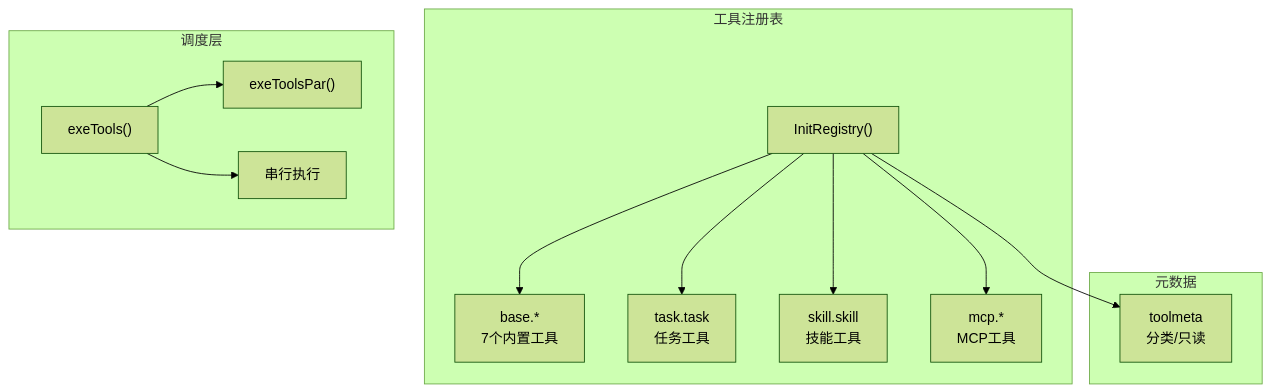
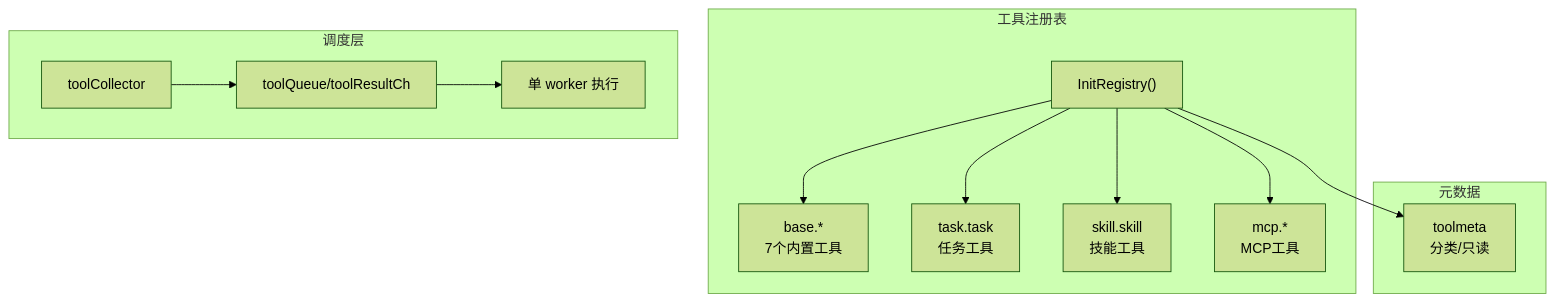
One commit to Ozqi/5hAgent changed the diagram in doc/tools.md. Above: the diagram before and after it, drawn with Mermaid (forest theme). The commit also changed other lines of this file and 20 other files, not shown here.

````diff
--- a/doc/tools.md
+++ b/doc/tools.md
@@ -5,29 +5,29 @@
 ```mermaid
 flowchart TB
     subgraph Registry["工具注册表"]
         init["InitRegistry()"]
         base["base.*<br/>7个内置工具"]
         task["task.task<br/>任务工具"]
         skill["skill.skill<br/>技能工具"]
         mcp["mcp.*<br/>MCP工具"]
     end
 
     subgraph Meta["元数据"]
         tm["toolmeta<br/>分类/只读"]
     end
 
     subgraph Dispatch["调度层"]
-        exec["exeTools()"]
-        par["exeToolsPar()"]
-        serial["串行执行"]
+        collect["toolCollector"]
+        queue["toolQueue/toolResultCh"]
+        worker["单 worker 执行"]
     end
 
     init --> base
     init --> task
     init --> skill
     init --> mcp
     init --> tm
 
-    exec --> par
-    exec --> serial
+    collect --> queue
+    queue --> worker
 ```
````
